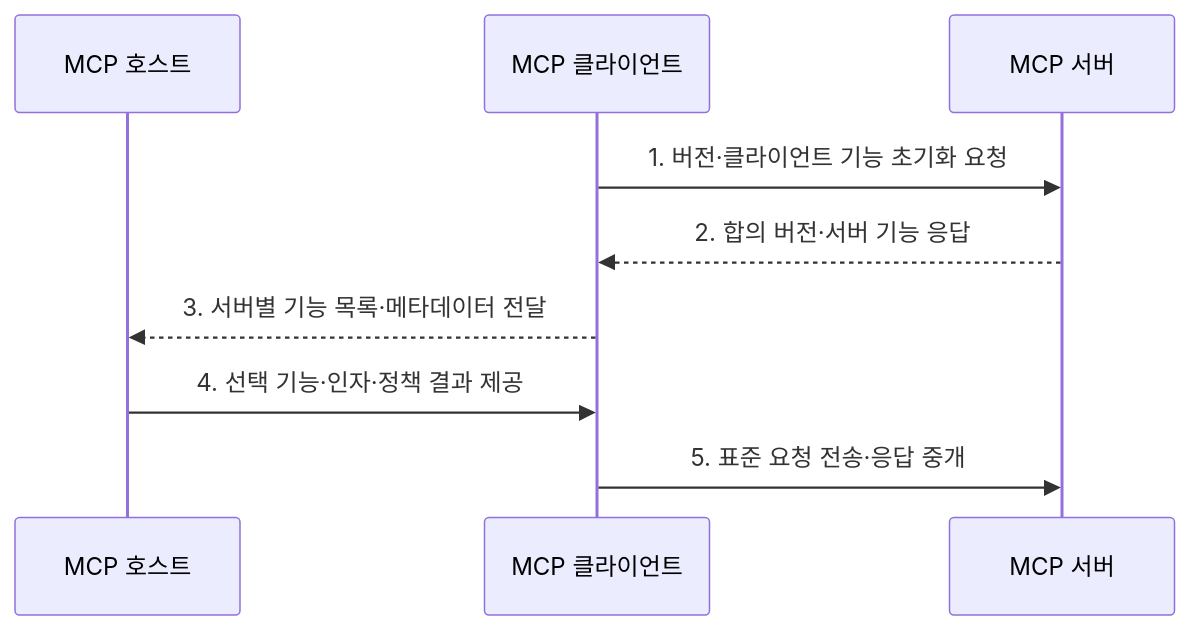
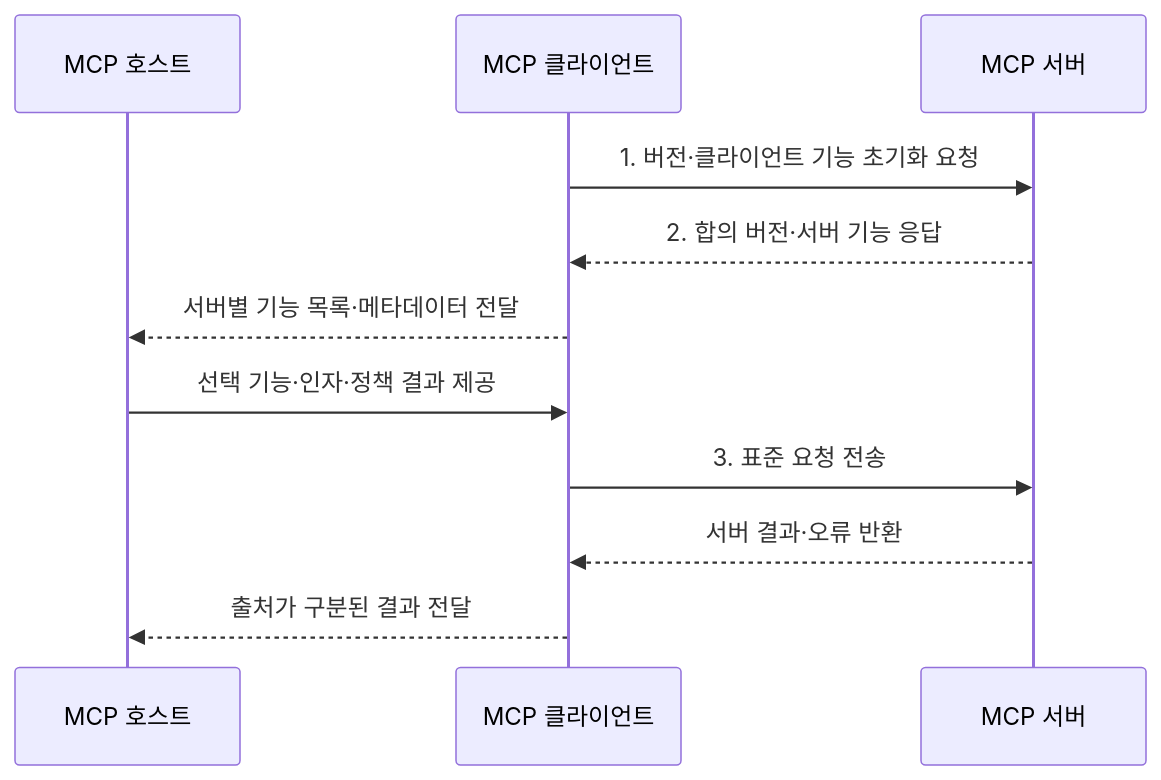
Before and after one commit to agnusdei1207/knowledge-base: the second of 2 diagrams in src/content/docs/notes/08-latest-tech/008_mcp_client.md, drawn with Mermaid. The commit also changed other lines of this file and 225 other files, not shown here.

````diff
--- a/src/content/docs/notes/08-latest-tech/008_mcp_client.md
+++ b/src/content/docs/notes/08-latest-tech/008_mcp_client.md
@@ -77,11 +73,13 @@
 ```mermaid
 sequenceDiagram
     participant H as MCP 호스트
     participant C as MCP 클라이언트
     participant S as MCP 서버
     C->>S: 1. 버전·클라이언트 기능 초기화 요청
     S-->>C: 2. 합의 버전·서버 기능 응답
-    C-->>H: 3. 서버별 기능 목록·메타데이터 전달
-    H->>C: 4. 선택 기능·인자·정책 결과 제공
-    C->>S: 5. 표준 요청 전송·응답 중개
+    C-->>H: 서버별 기능 목록·메타데이터 전달
+    H->>C: 선택 기능·인자·정책 결과 제공
+    C->>S: 3. 표준 요청 전송
+    S-->>C: 서버 결과·오류 반환
+    C-->>H: 출처가 구분된 결과 전달
 ```
````
